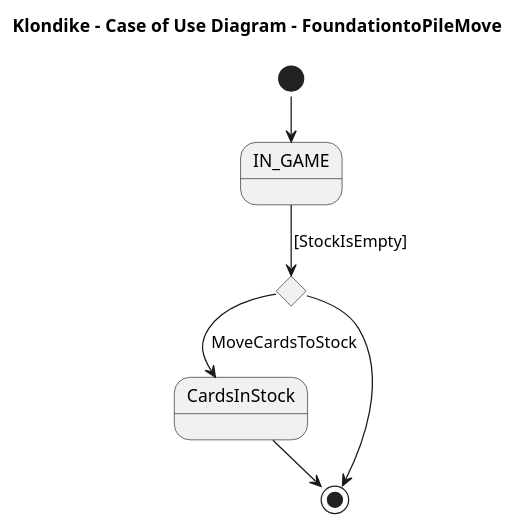
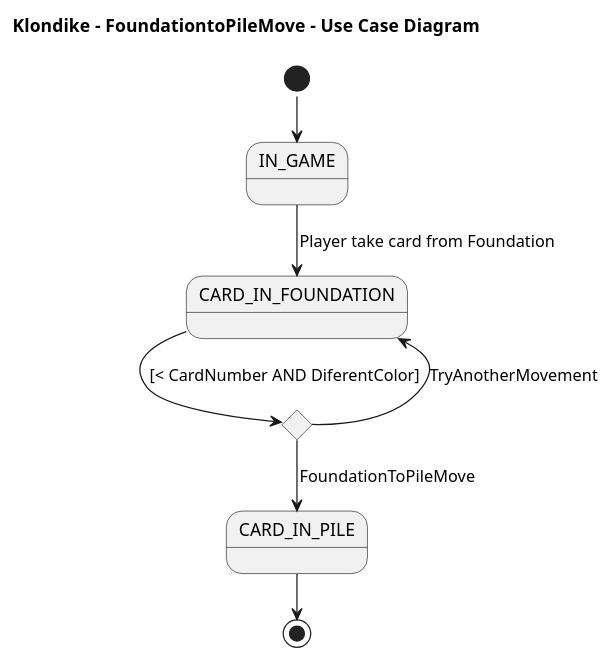
Before and after one commit to AngelOS95P/Maestria_IngSoftware_grupo6: the diagram in 2 Modelo de vistas de caso de uso/Diagrama de caso de uso - FoundationToPileMove.plantuml, drawn with PlantUML. The commit also changed 16 other files, not shown here.

```diff
--- a/2 Modelo de vistas de caso de uso/Diagrama de caso de uso - FoundationToPileMove.plantuml
+++ b/2 Modelo de vistas de caso de uso/Diagrama de caso de uso - FoundationToPileMove.plantuml
@@ -1,19 +1,17 @@
-@startuml UseCaseFoundationtoPileMove
+@startuml UCFoundationtoPileMove
 !pragma layout smetana
-title Klondike  - Case of Use Diagram - FoundationtoPileMove
+title Klondike - FoundationtoPileMove  - Use Case Diagram
+
 state IN_GAME
-
+state CARD_IN_FOUNDATION
 state if <<choice>>
-
-
-state CardsInStock
+state CARD_IN_PILE
 
 [*] --> IN_GAME
-IN_GAME --> if: [StockIsEmpty]
-if --> CardsInStock: MoveCardsToStock
-
-if --> [*]
-
-CardsInStock--> [*]
+IN_GAME --> CARD_IN_FOUNDATION: Player take card from Foundation
+CARD_IN_FOUNDATION --> if: [< CardNumber AND DiferentColor]
+if --> CARD_IN_PILE: FoundationToPileMove
+if --> CARD_IN_FOUNDATION: TryAnotherMovement
+CARD_IN_PILE--> [*]
 
 @enduml
```
